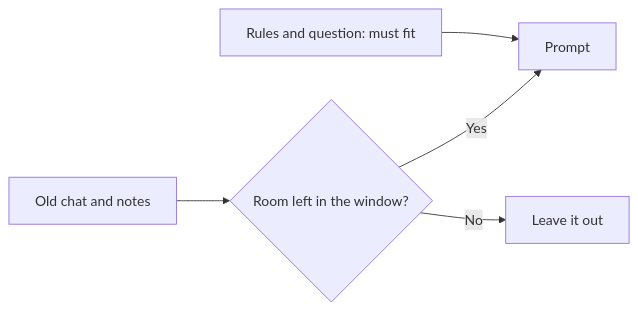
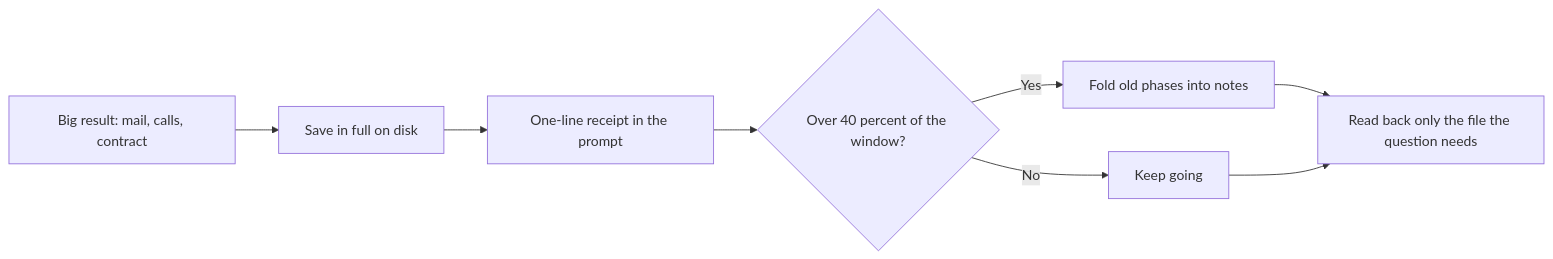
One commit to learnwithparam/agentic-ai-live-labs changed the diagram in docs/labs/10-context-budget.md. Above: the diagram before and after it, drawn with Mermaid. The commit also changed other lines of this file and 44 other files, not shown here.

````diff
--- a/docs/labs/10-context-budget.md
+++ b/docs/labs/10-context-budget.md
@@ -7,7 +7,10 @@
 ```mermaid
 flowchart LR
-  A["Rules and question: must fit"] --> P["Prompt"]
-  B["Old chat and notes"] --> C{"Room left in the window?"}
-  C -->|"Yes"| P
-  C -->|"No"| D["Leave it out"]
+  A["Big result: mail, calls, contract"] --> B["Save in full on disk"]
+  B --> C["One-line receipt in the prompt"]
+  C --> D{"Over 40 percent of the window?"}
+  D -->|"Yes"| E["Fold old phases into notes"]
+  D -->|"No"| F["Keep going"]
+  E --> G["Read back only the file the question needs"]
+  F --> G
 ```
````
